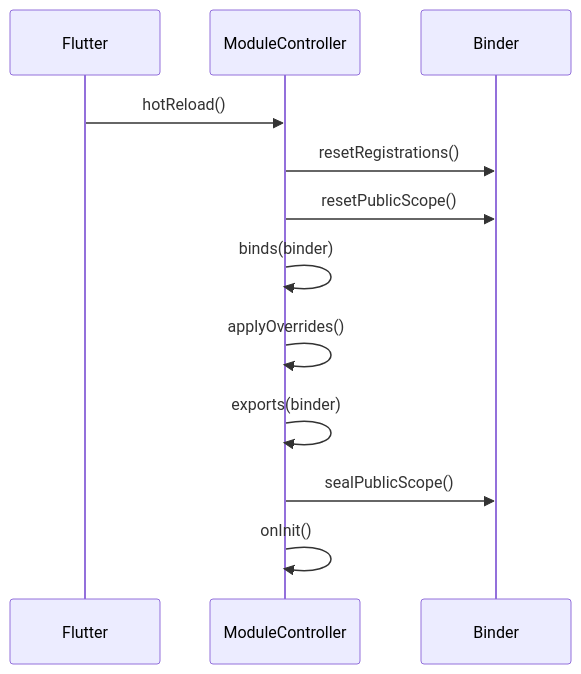
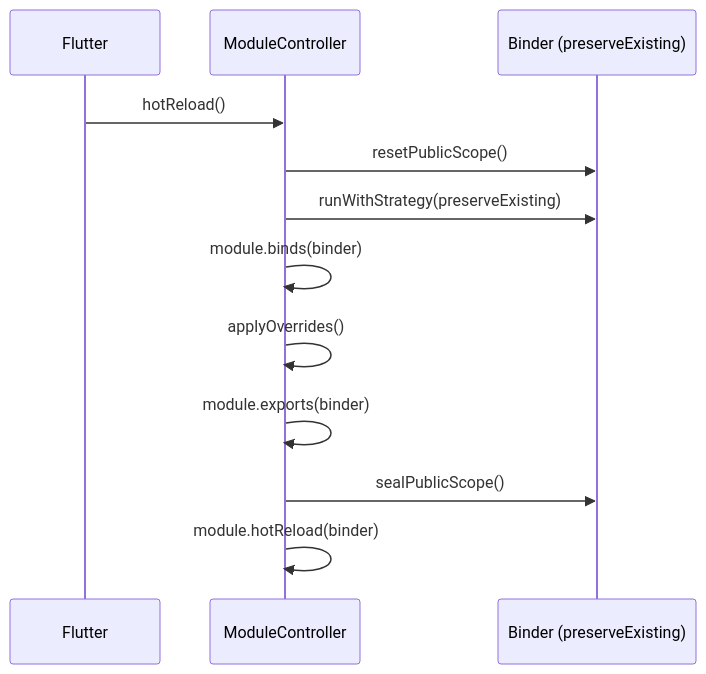
Before and after one commit to cherrypick-agency/modularity_dart: the diagram in docs-site/guide/modularity_workspace/hot-reload.md, drawn with Mermaid. The commit also changed other lines of this file and 56 other files, not shown here.

````diff
--- a/docs-site/guide/modularity_workspace/hot-reload.md
+++ b/docs-site/guide/modularity_workspace/hot-reload.md
@@ -48,14 +43,14 @@
 ```mermaid
 sequenceDiagram
     participant F as Flutter
     participant MC as ModuleController
-    participant B as Binder
+    participant B as Binder (preserveExisting)
     F->>MC: hotReload()
-    MC->>B: resetRegistrations()
     MC->>B: resetPublicScope()
-    MC->>MC: binds(binder)
+    MC->>B: runWithStrategy(preserveExisting)
+    MC->>MC: module.binds(binder)
     MC->>MC: applyOverrides()
-    MC->>MC: exports(binder)
+    MC->>MC: module.exports(binder)
     MC->>B: sealPublicScope()
-    MC->>MC: onInit()
+    MC->>MC: module.hotReload(binder)
 ```
````
